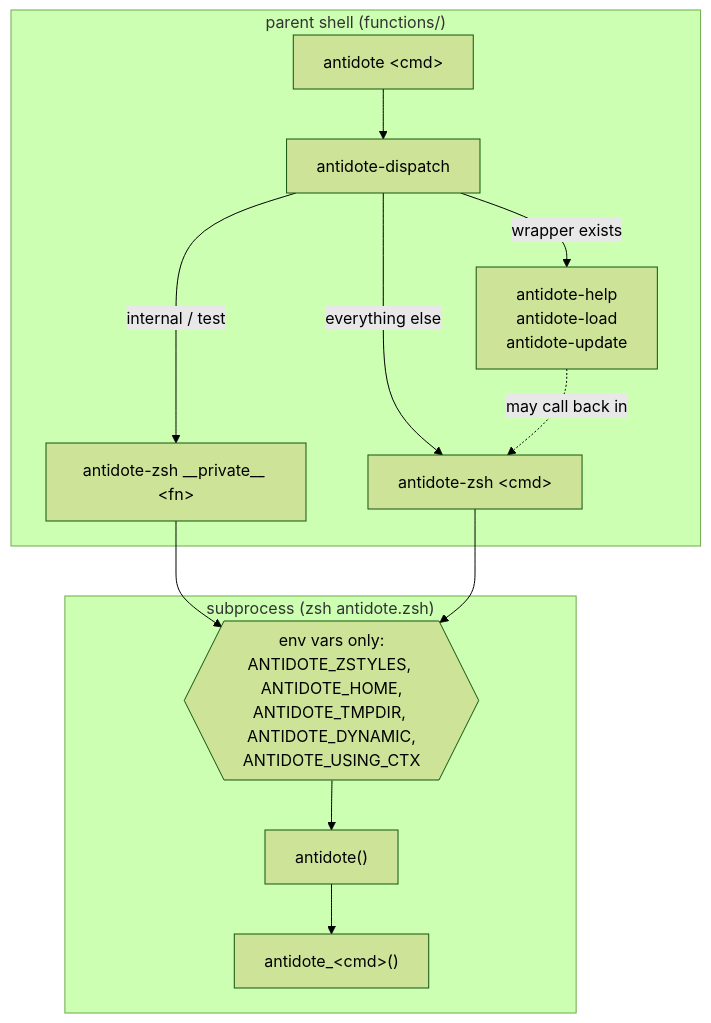
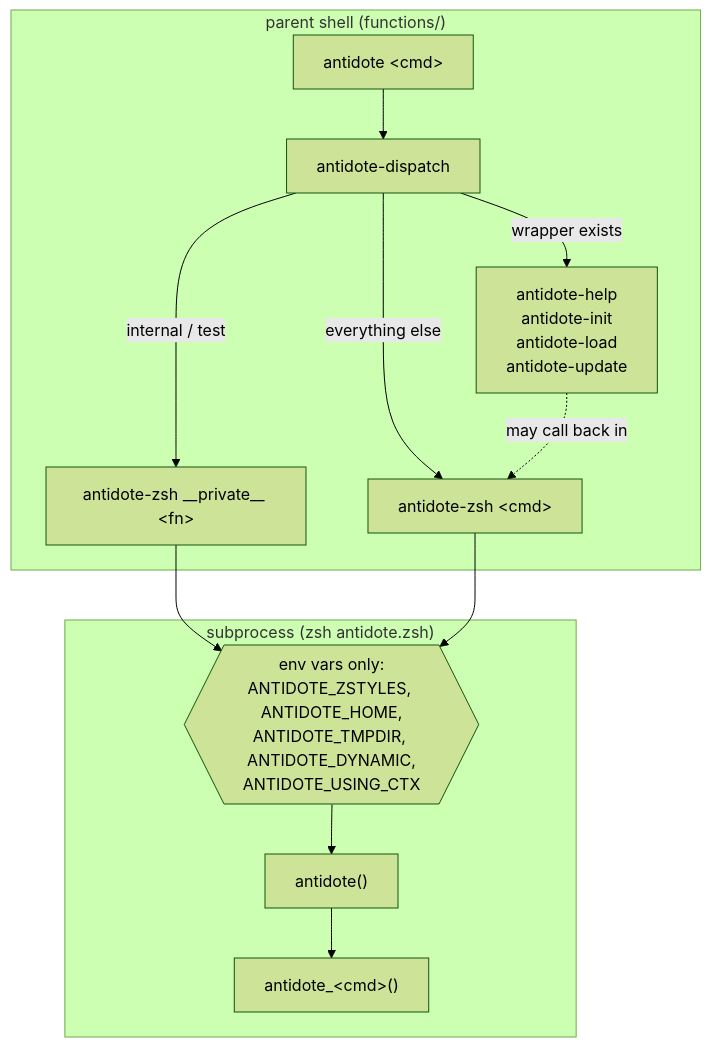
Before and after one commit to mattmc3/antidote: the first of 4 diagrams in ARCHITECTURE.md, drawn with Mermaid (forest theme). The commit also changed other lines of this file and 6 other files, not shown here.

First line of the commit message:
perf(Init): emit antidote init in the parent shell

````diff
--- a/ARCHITECTURE.md
+++ b/ARCHITECTURE.md
@@ -57,17 +63,17 @@
 ```mermaid
 flowchart TD
     subgraph parent["parent shell (functions/)"]
         cmd["antidote &lt;cmd&gt;"] --> disp[antidote-dispatch]
-        disp -->|"wrapper exists"| wrap["antidote-help<br/>antidote-load<br/>antidote-update"]
+        disp -->|"wrapper exists"| wrap["antidote-help<br/>antidote-init<br/>antidote-load<br/>antidote-update"]
         disp -->|"internal / test"| priv["antidote-zsh __private__ &lt;fn&gt;"]
         disp -->|"everything else"| azsh["antidote-zsh &lt;cmd&gt;"]
     end
     priv --> boundary
     azsh --> boundary
     boundary{{"env vars only:<br/>ANTIDOTE_ZSTYLES, ANTIDOTE_HOME,<br/>ANTIDOTE_TMPDIR, ANTIDOTE_DYNAMIC,<br/>ANTIDOTE_USING_CTX"}}
     subgraph sub["subprocess (zsh antidote.zsh)"]
         boundary --> main["antidote()"]
         main --> impl["antidote_&lt;cmd&gt;()"]
     end
     wrap -.->|"may call back in"| azsh
 ```
````
